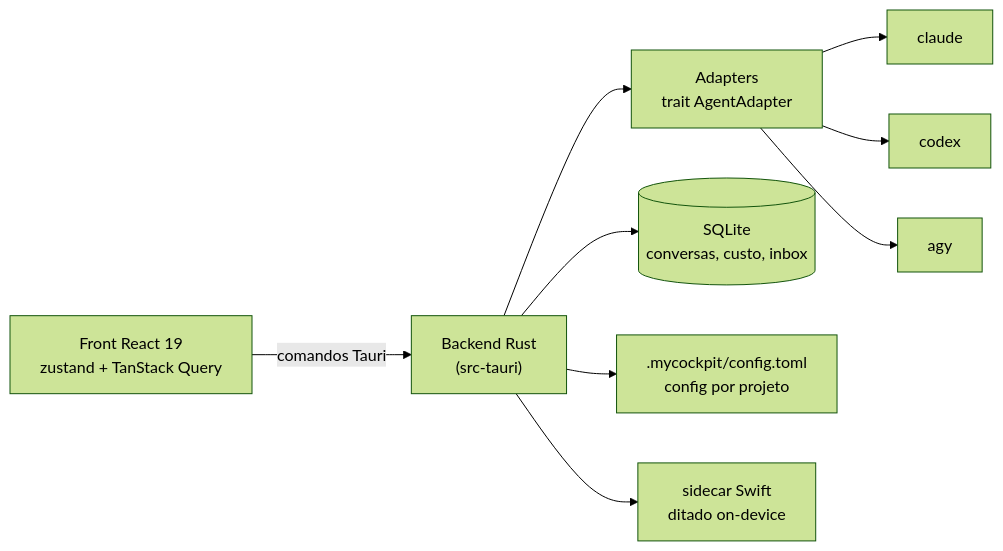
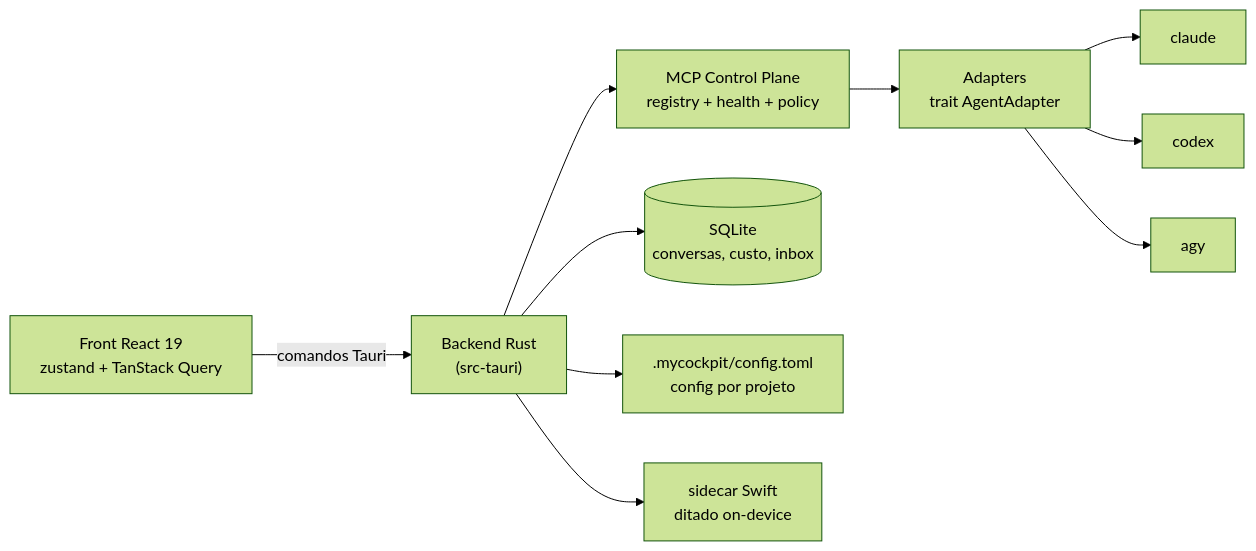
One commit to vinicius1209/mycockpit changed the diagram in README.md. Above: the diagram before and after it, drawn with Mermaid (forest theme). The commit also changed other lines of this file and 166 other files, not shown here.

````diff
--- a/README.md
+++ b/README.md
@@ -80,11 +81,12 @@
 ```mermaid
 flowchart LR
     UI["Front React 19<br/>zustand + TanStack Query"] -->|"comandos Tauri"| RS["Backend Rust<br/>(src-tauri)"]
-    RS --> AD["Adapters<br/>trait AgentAdapter"]
+    RS --> CP["MCP Control Plane<br/>registry + health + policy"]
+    CP --> AD["Adapters<br/>trait AgentAdapter"]
     AD --> CC["claude"]
     AD --> CX["codex"]
     AD --> AG["agy"]
     RS --> DB[("SQLite<br/>conversas, custo, inbox")]
     RS --> CFG[".mycockpit/config.toml<br/>config por projeto"]
     RS --> STT["sidecar Swift<br/>ditado on-device"]
 ```
````
